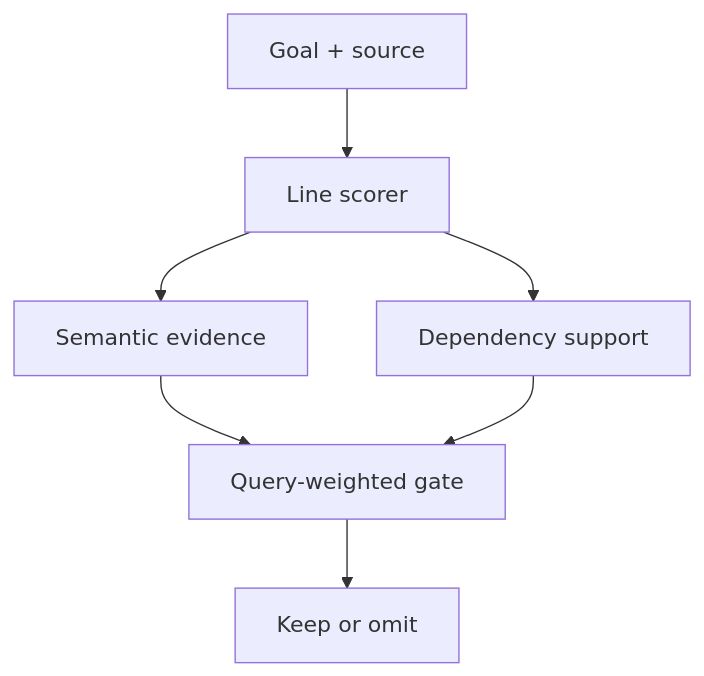
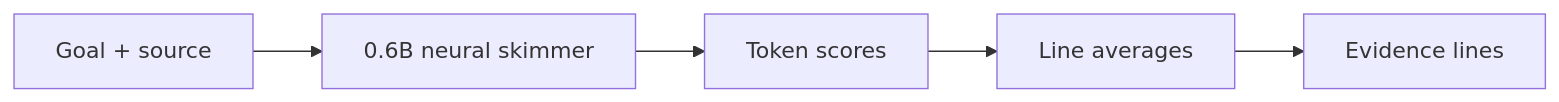
Before and after one commit to EvanGruhlkey/ContextLens: the second of 4 diagrams in README.md, drawn with Mermaid. The commit also changed other lines of this file and 1 other file, not shown here.

````diff
--- a/README.md
+++ b/README.md
@@ -69,9 +65,7 @@
 ```mermaid
-flowchart TD
-    A[Goal + source] --> B[Line scorer]
-    B --> C[Semantic evidence]
-    B --> D[Dependency support]
-    C --> E[Query-weighted gate]
-    D --> E
-    E --> F[Keep or omit]
+flowchart LR
+    A[Goal + source] --> B[0.6B neural skimmer]
+    B --> C[Token scores]
+    C --> D[Line averages]
+    D --> E[Evidence lines]
 ```
````
